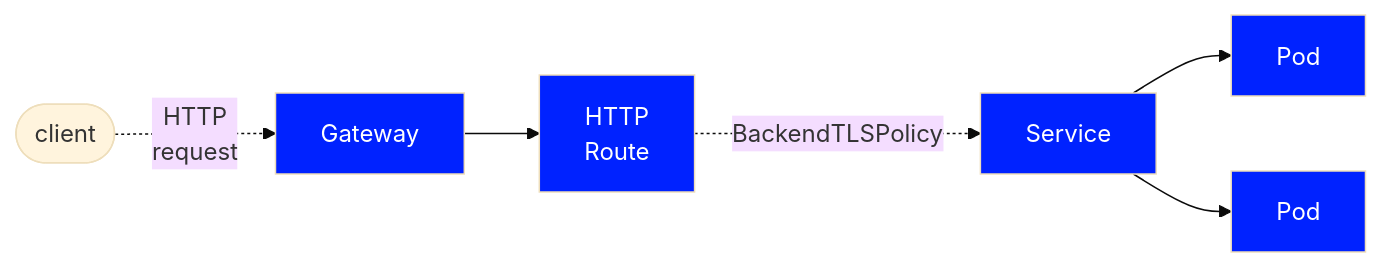
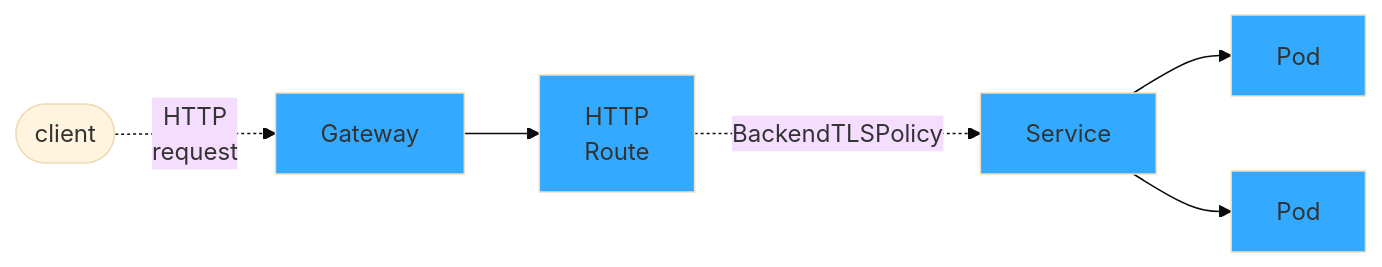
The second of 2 diagrams in site-src/api-types/backendtlspolicy.md (kubernetes-sigs/gateway-api), drawn with Mermaid (base theme) before and after one commit.

Commit message:
Make mermaid diagram more readable
Use lighter colors over dark text

````diff
--- a/site-src/api-types/backendtlspolicy.md
+++ b/site-src/api-types/backendtlspolicy.md
@@ -68,18 +68,18 @@
 ```mermaid
 flowchart LR
     client(["client"])
     gateway["Gateway"]
-    style gateway fill:#02f,color:#fff
+    style gateway fill:#3af
     httproute["HTTP<BR>Route"]
-    style httproute fill:#02f,color:#fff
+    style httproute fill:#3af
     service["Service"]
-    style service fill:#02f,color:#fff
+    style service fill:#3af
     pod1["Pod"]
-    style pod1 fill:#02f,color:#fff
+    style pod1 fill:#3af
     pod2["Pod"]
-    style pod2 fill:#02f,color:#fff
+    style pod2 fill:#3af
     client -.->|HTTP <br> request| gateway
     gateway --> httproute
     httproute -.->|BackendTLSPolicy|service
     service --> pod1 & pod2
 ```
````
